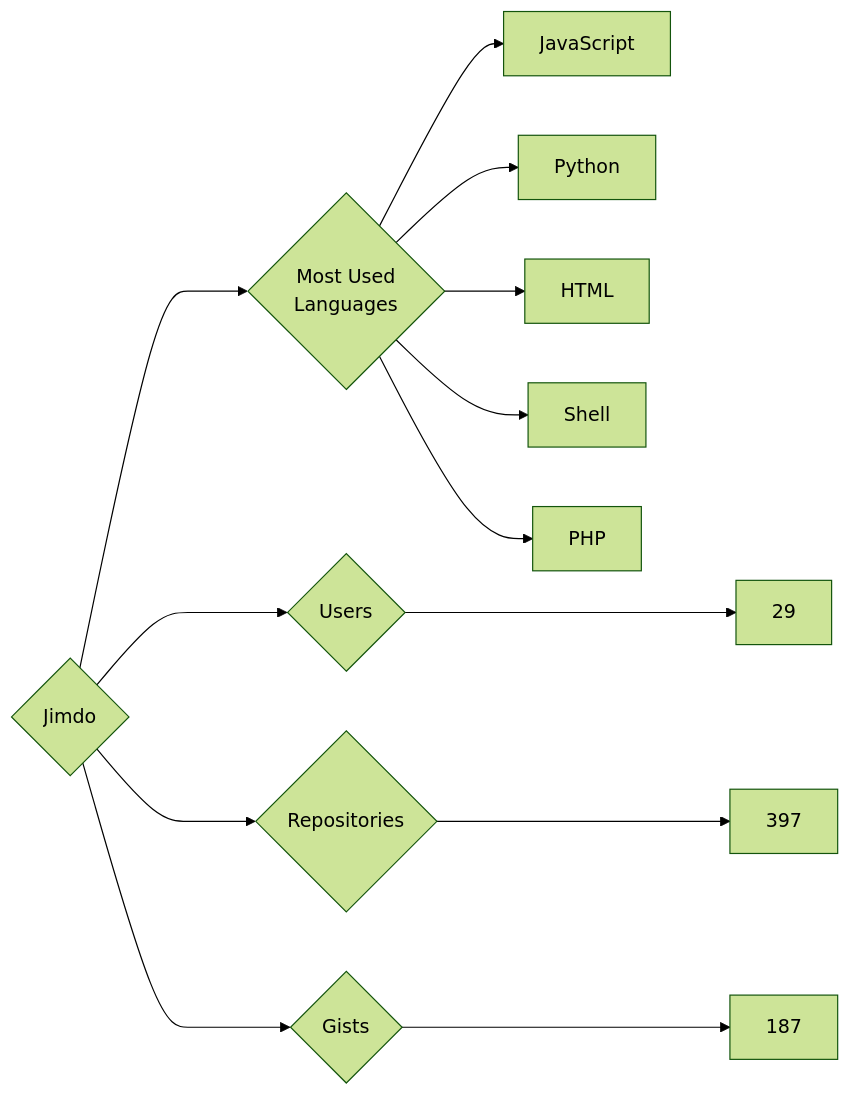
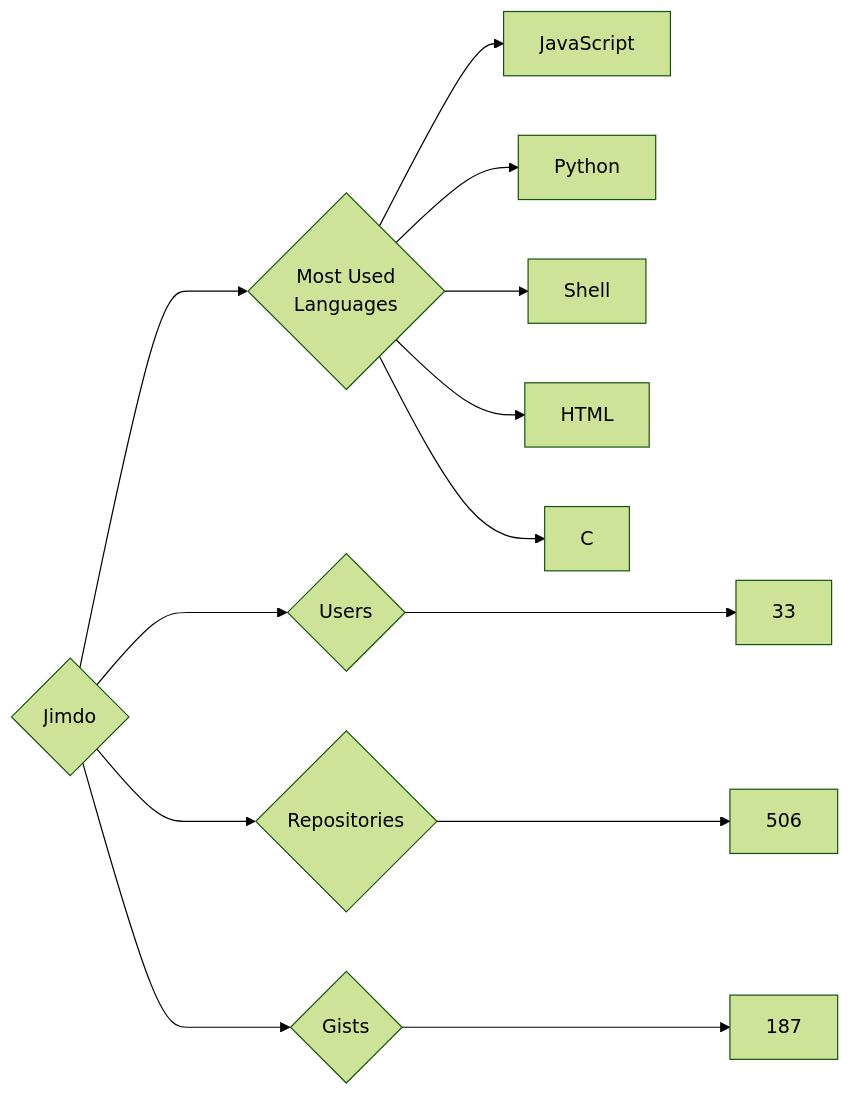
Before and after one commit to trickest/insiders: the diagram in targets/Jimdo/README.md, drawn with Mermaid (forest theme). The commit also changed 951 other files, not shown here.

````diff
--- a/targets/Jimdo/README.md
+++ b/targets/Jimdo/README.md
@@ -3,13 +3,13 @@
 ```mermaid
 graph LR
 COMPANY_NAME{Jimdo}
-COMPANY_NAME ---> U{Users} ---> UN[29]
-COMPANY_NAME ---> R{Repositories} ---> RN[397]
+COMPANY_NAME ---> U{Users} ---> UN[33]
+COMPANY_NAME ---> R{Repositories} ---> RN[506]
 COMPANY_NAME ---> G{Gists} ---> GN[187]
 COMPANY_NAME ---> ML{Most Used<br>Languages}
-ML --> JavaScript
-ML --> Python
-ML --> HTML
-ML --> Shell
-ML --> PHP
+ML --> JavaScript[JavaScript]
+ML --> Python[Python]
+ML --> Shell[Shell]
+ML --> HTML[HTML]
+ML --> C[C]
 ```
````
